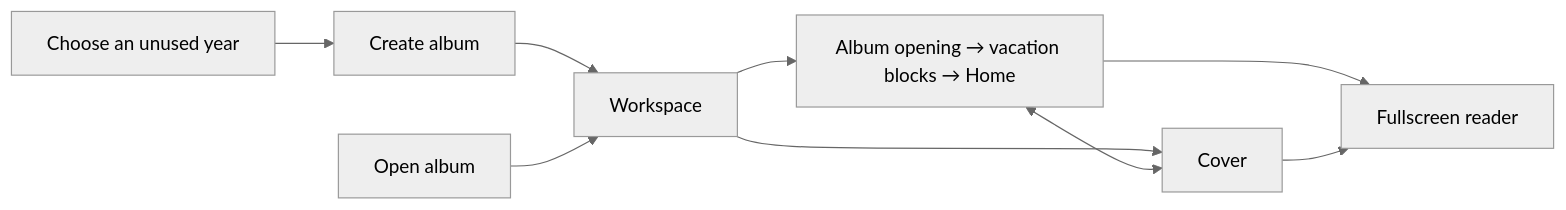
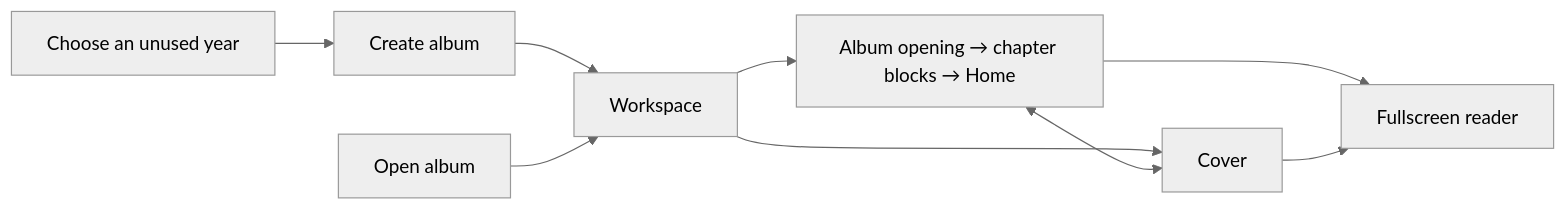
One commit to Shepherd-s-Den/photography changed the diagram in specs/changes/album-workspace-structure/proposal.md. Above: the diagram before and after it, drawn with Mermaid (neutral theme). The commit also changed other lines of this file and 17 other files, not shown here.

````diff
--- a/specs/changes/album-workspace-structure/proposal.md
+++ b/specs/changes/album-workspace-structure/proposal.md
@@ -18,11 +18,11 @@
 ```mermaid
 flowchart LR
   Create["Choose an unused year"] --> Album["Create album"]
   Album --> Workspace["Workspace"]
   Open["Open album"] --> Workspace
-  Workspace --> Spreads["Album opening → vacation blocks → Home"]
+  Workspace --> Spreads["Album opening → chapter blocks → Home"]
   Workspace --> Cover["Cover"]
   Spreads <--> Cover
   Spreads --> Reader["Fullscreen reader"]
   Cover --> Reader
 ```
````
